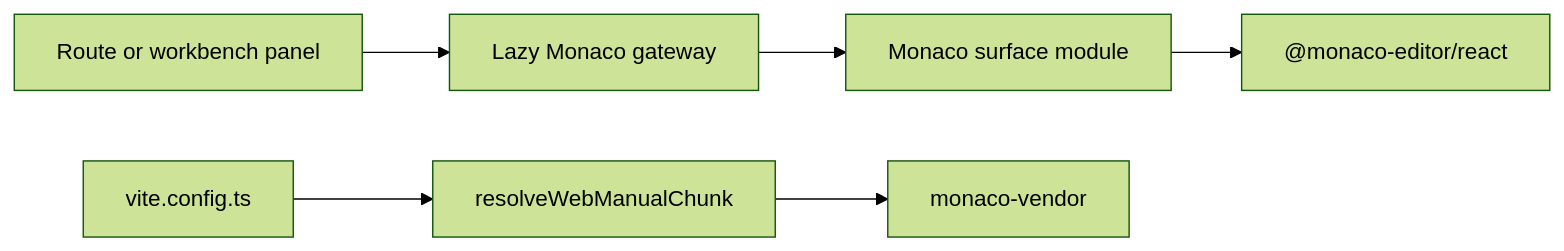
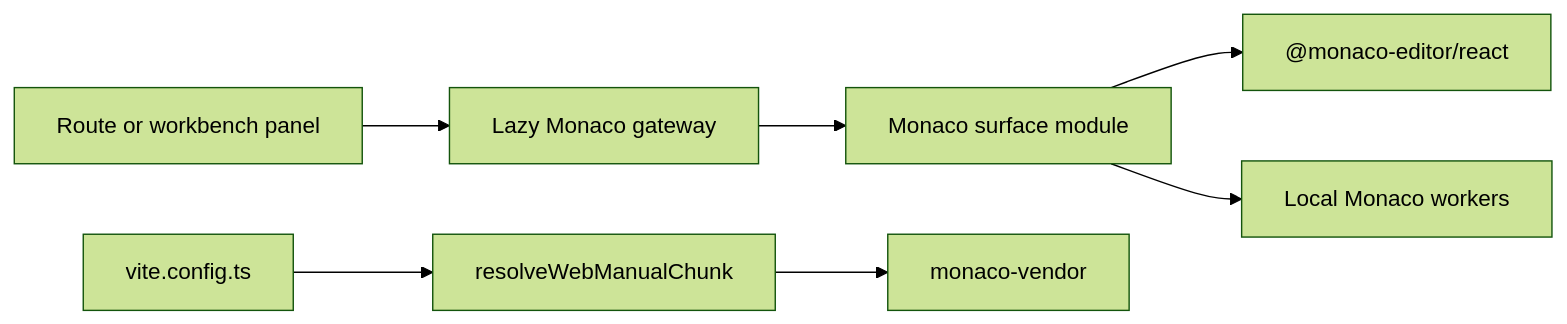
The diagram in docs/architecture/components/web/monaco/monaco-bundle-isolation-component.md (dunay2/dvt), drawn with Mermaid (forest theme) before and after one commit. The commit also changed other lines of this file and 16 other files, not shown here.

Commit message:
feat(web): Prove graph workflow artifact parity

````diff
--- a/docs/architecture/components/web/monaco/monaco-bundle-isolation-component.md
+++ b/docs/architecture/components/web/monaco/monaco-bundle-isolation-component.md
@@ -40,8 +45,9 @@
 ```mermaid
 flowchart LR
   Route["Route or workbench panel"] --> Gateway["Lazy Monaco gateway"]
   Gateway --> Surface["Monaco surface module"]
   Surface --> Vendor["@monaco-editor/react"]
+  Surface --> Workers["Local Monaco workers"]
   Vite["vite.config.ts"] --> Resolver["resolveWebManualChunk"]
   Resolver --> Chunk["monaco-vendor"]
 ```
````
